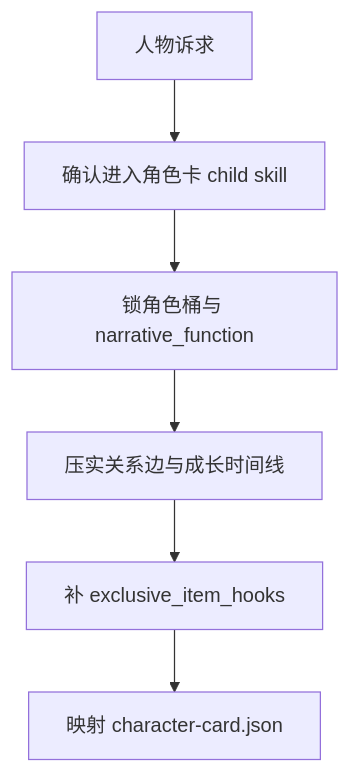
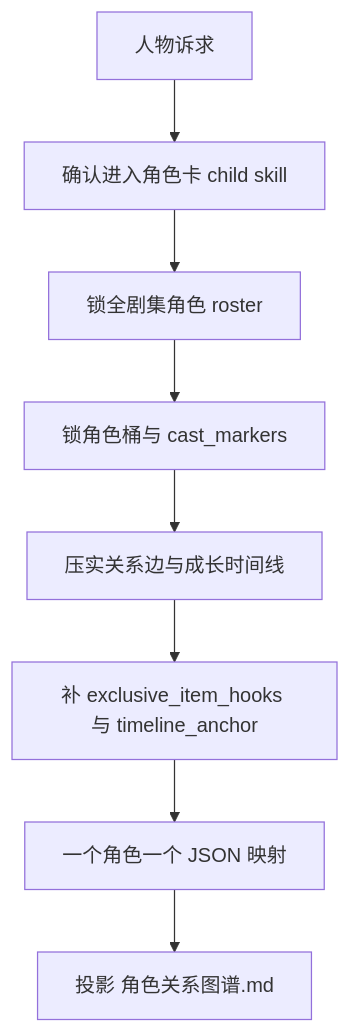
The first of 3 diagrams in .agents/skills/story/1-Cards/角色卡/SKILL.md (ZEN-VOID/AI-CUT), drawn with Mermaid before and after one commit. The commit also changed other lines of this file and 291 other files, not shown here.

````diff
--- a/.agents/skills/story/1-Cards/角色卡/SKILL.md
+++ b/.agents/skills/story/1-Cards/角色卡/SKILL.md
@@ -46,8 +57,10 @@
 ```mermaid
 flowchart TD
     A["人物诉求"] --> B["确认进入角色卡 child skill"]
-    B --> C["锁角色桶与 narrative_function"]
-    C --> D["压实关系边与成长时间线"]
-    D --> E["补 exclusive_item_hooks"]
-    E --> F["映射 character-card.json"]
+    B --> C["锁全剧集角色 roster"]
+    C --> D["锁角色桶与 cast_markers"]
+    D --> E["压实关系边与成长时间线"]
+    E --> F["补 exclusive_item_hooks 与 timeline_anchor"]
+    F --> G["一个角色一个 JSON 映射"]
+    G --> H["投影 角色关系图谱.md"]
 ```
````
